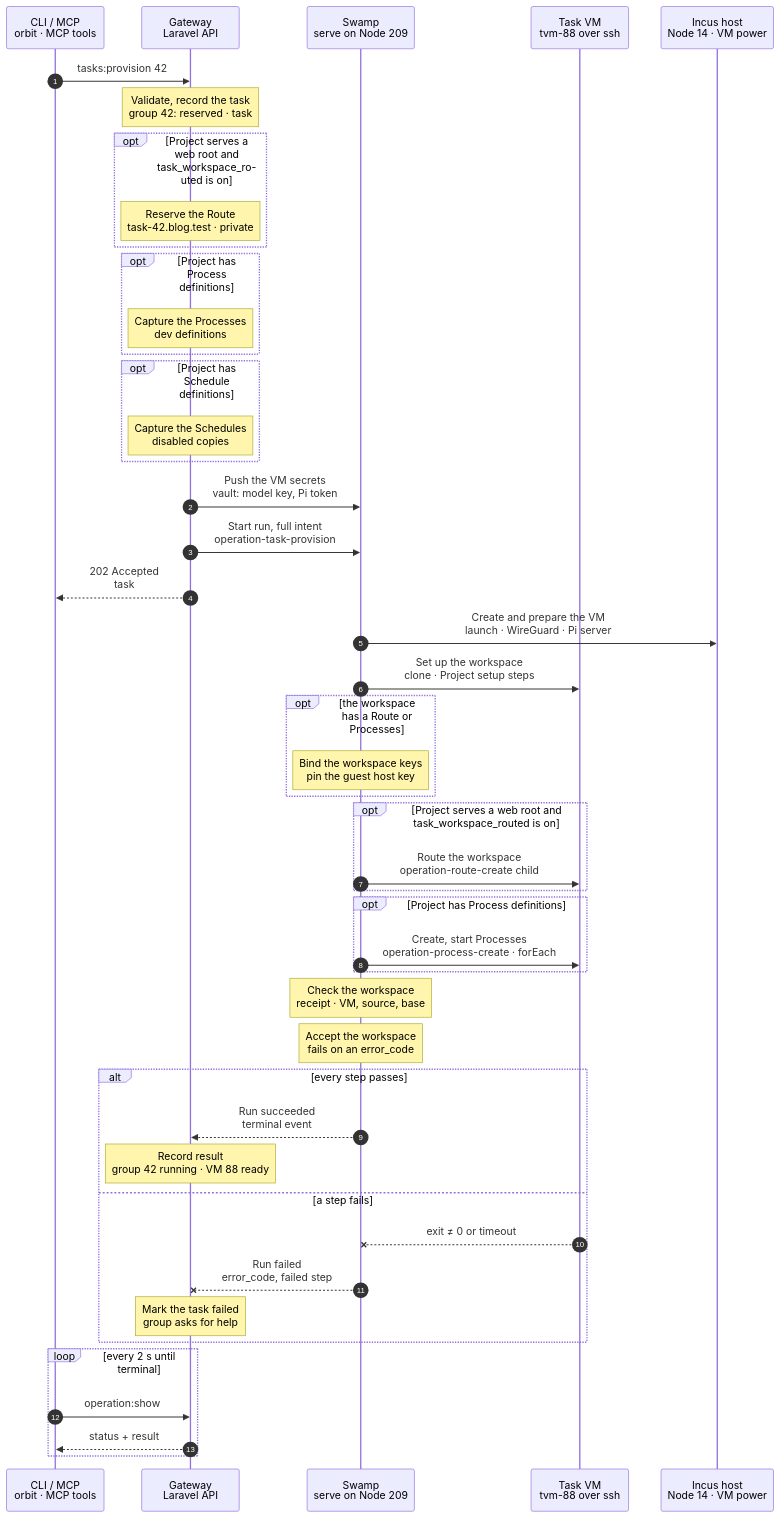
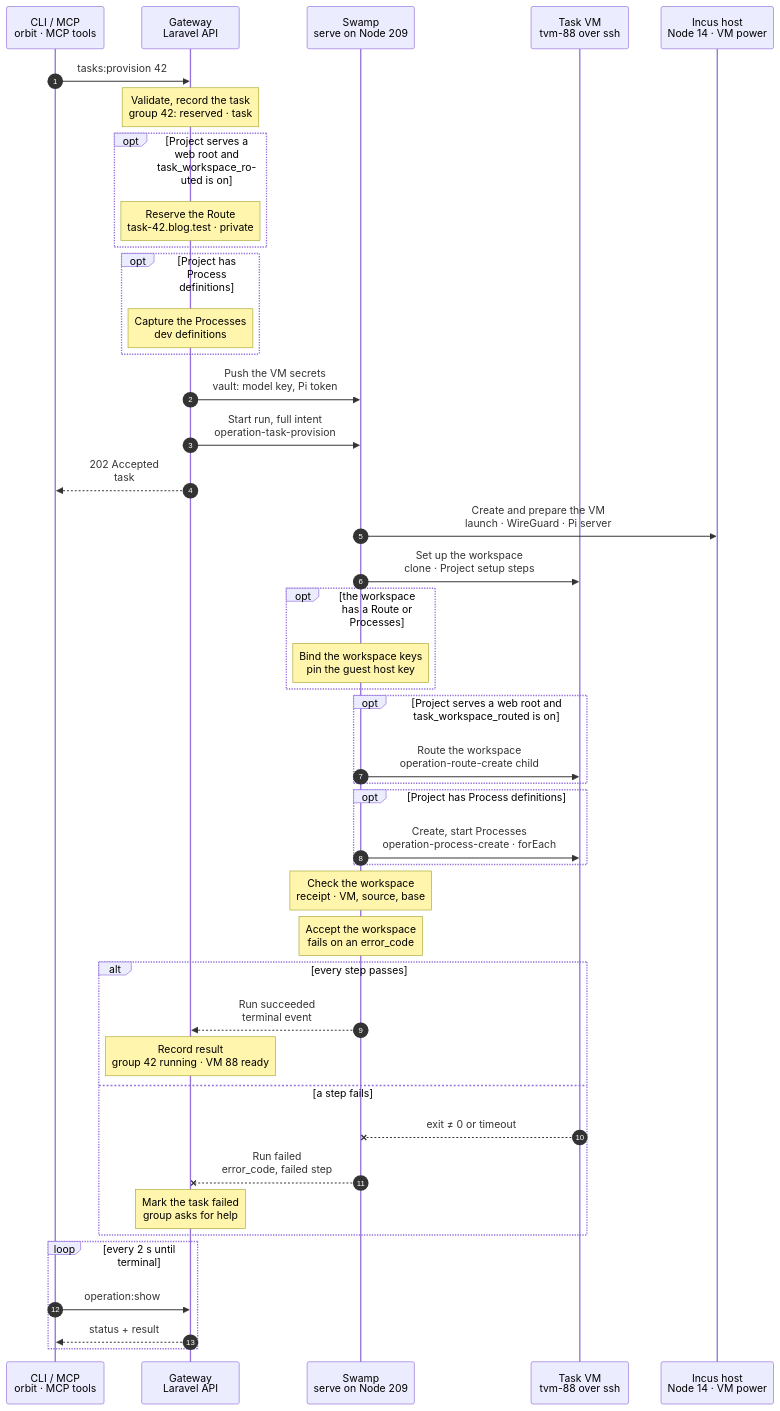
Before and after one commit to hardimpactdev/orbit: the diagram in docs/cli/tasks/provision.mmd, drawn with Mermaid. The commit also changed 9 other files, not shown here.

First line of the commit message:
fix(tasks): provision copies no Schedule definitions; prove the workspace runtime

```diff
--- a/docs/cli/tasks/provision.mmd
+++ b/docs/cli/tasks/provision.mmd
@@ -1,73 +1,68 @@
 sequenceDiagram
   %% Target design: ADR 0244 (a task group is one root task; Pi turns use the pi driver), Recall swamp-tasks-swamp-orchestrates-pi + task-vms-swamp-via-ssh, DECISIONS R1-R4.
   %% Tightened: flow-tighten 2026-11-02, rule 22. Cut 2026-11-02 (orchestrator): provision creates the VM and the workspace only; the group-run driver composes tasks.check, tasks.turn, tasks.publish, tasks.park and tasks.cancel.
-  %% Reviewed: Nick 2026-11-03 (P1): the workspace gets the Project's Route, Processes and Schedules through the same children as instance:create; rules 23 and 25. What it covers, capacity and image fallback are on the docs page.
+  %% Reviewed: Nick 2026-11-03 (P1): the workspace gets the Project's Route and Processes through the same children as instance:create; rules 23 and 25. What it covers, capacity and image fallback are on the docs page.
   %% status: reviewed
   %% command: tasks:provision
   %% kind: tasks.provision
   autonumber
   %% lane CLI icon=terminal pill=caller tone=gray
   %% lane GW icon=gateway pill=intent tone=blue
   %% lane SW icon=workflow pill=executes tone=green
   %% lane VM icon=server pill=target tone=amber
   %% lane H icon=server pill=target tone=purple
   participant CLI as CLI / MCP<br/>orbit · MCP tools
   participant GW as Gateway<br/>Laravel API
   participant SW as Swamp<br/>serve on Node 209
   participant VM as Task VM<br/>tvm-88 over ssh
   participant H as Incus host<br/>Node 14 · VM power
   CLI->>GW: tasks:provision 42
   Note over GW: Validate, record the task<br/>group 42: reserved · task #5140
   %%> When it waits:
   %%> - no host has room or a usable image: the task waits (`capacity`) and starts when a VM is destroyed or an image is promoted
   opt Project serves a web root and task_workspace_routed is on
     Note over GW: Reserve the Route<br/>task-42.blog.test · private
     %%> Why first:
     %%> - the Route changes how Process units render; capturing Processes after it keeps admission and dispatch identical
   end
   opt Project has Process definitions
     Note over GW: Capture the Processes<br/>dev definitions
-  end
-  opt Project has Schedule definitions
-    Note over GW: Capture the Schedules<br/>disabled copies
-    %%> Why no Node work:
-    %%> - a definition copy starts disabled, so a task VM never fires scheduled work; `schedule:enable` turns one on
   end
   GW->>SW: Push the VM secrets<br/>vault: model key, Pi token
   %%> Why:
   %%> - secrets go Gateway → vault → step; the run inputs hold only vault key names
   GW->>SW: Start run, full intent<br/>operation-task-provision
   GW-->>CLI: 202 Accepted<br/>task #5140
   SW->>H: Create and prepare the VM<br/>launch · WireGuard · Pi server
   SW->>VM: Set up the workspace<br/>clone · Project setup steps
   %%> Why redacted:
   %%> - setup output stays on the VM; only a redacted 4 KiB tail reaches history
   opt the workspace has a Route or Processes
     Note over SW: Bind the workspace keys<br/>pin the guest host key
     %%> Why:
     %%> - the guest's host key exists only after the VM step pins it; the Gateway leaves only the guest's targets unpinned
   end
   opt Project serves a web root and task_workspace_routed is on
     SW->>VM: Route the workspace<br/>operation-route-create child
     %%> Why a child:
     %%> - the same Route child instance:create runs; its signing authorizes against this root run
   end
   opt Project has Process definitions
     SW->>VM: Create, start Processes<br/>operation-process-create · forEach
   end
   Note over SW: Check the workspace<br/>receipt · VM, source, base
   Note over SW: Accept the workspace<br/>fails on an error_code
   alt every step passes
     SW-->>GW: Run succeeded<br/>terminal event
     Note over GW: Record result<br/>group 42 running · VM 88 ready
   else a step fails
     VM--xSW: exit ≠ 0 or timeout
     SW--xGW: Run failed<br/>error_code, failed step
     Note over GW: Mark the task failed<br/>group asks for help
     %%> On the VM:
     %%> - VM 88 and its checkout stay; there is no rollback; `tasks:cancel 42` ends the group and removes the VM
   end
   loop every 2 s until terminal
     CLI->>GW: operation:show #5140
     GW-->>CLI: status + result
   end
```
